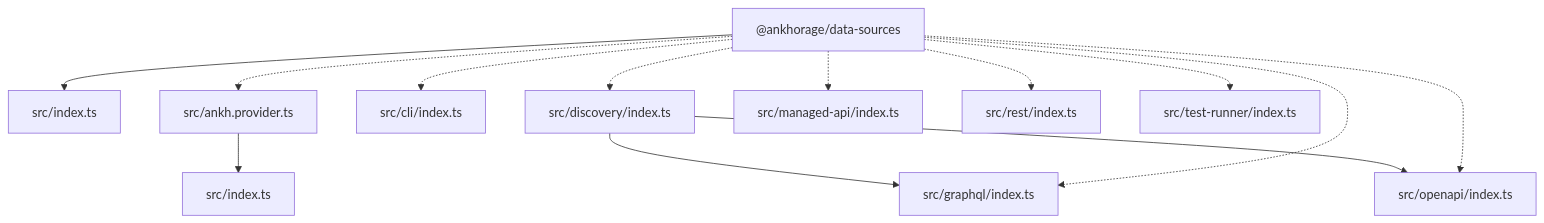
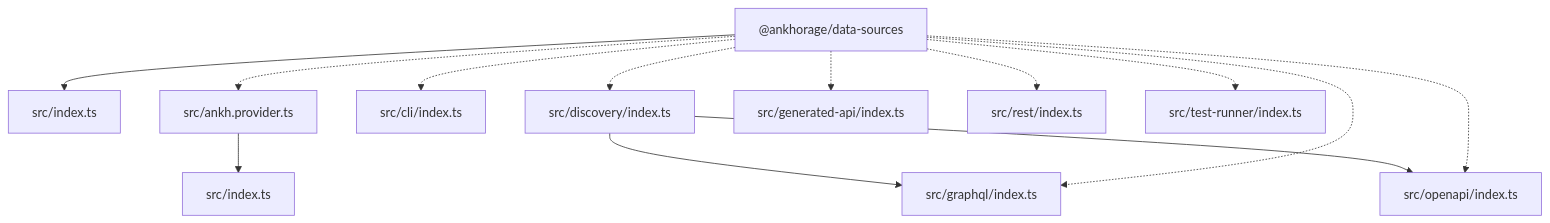
The diagram in paradox/diagrams/architecture-overview.mmd (ankhorage/data-sources), drawn with Mermaid before and after one commit. The commit also changed 22 other files, not shown here.

```diff
--- a/paradox/diagrams/architecture-overview.mmd
+++ b/paradox/diagrams/architecture-overview.mmd
@@ -1,24 +1,24 @@
 graph TD
   package__ankhorage_data_sources["@ankhorage/data-sources"]
   entrypoint_src_index_ts["src/index.ts"]
   package__ankhorage_data_sources --> entrypoint_src_index_ts
   module_src_ankh_provider_ts["src/ankh.provider.ts"]
   package__ankhorage_data_sources -.-> module_src_ankh_provider_ts
   module_src_ankh_provider_ts --> module_src_index_ts
   module_src_cli_index_ts["src/cli/index.ts"]
   package__ankhorage_data_sources -.-> module_src_cli_index_ts
   module_src_discovery_index_ts["src/discovery/index.ts"]
   package__ankhorage_data_sources -.-> module_src_discovery_index_ts
   module_src_discovery_index_ts --> module_src_graphql_index_ts
   module_src_discovery_index_ts --> module_src_openapi_index_ts
+  module_src_generated_api_index_ts["src/generated-api/index.ts"]
+  package__ankhorage_data_sources -.-> module_src_generated_api_index_ts
   module_src_graphql_index_ts["src/graphql/index.ts"]
   package__ankhorage_data_sources -.-> module_src_graphql_index_ts
   module_src_index_ts["src/index.ts"]
-  module_src_managed_api_index_ts["src/managed-api/index.ts"]
-  package__ankhorage_data_sources -.-> module_src_managed_api_index_ts
   module_src_openapi_index_ts["src/openapi/index.ts"]
   package__ankhorage_data_sources -.-> module_src_openapi_index_ts
   module_src_rest_index_ts["src/rest/index.ts"]
   package__ankhorage_data_sources -.-> module_src_rest_index_ts
   module_src_test_runner_index_ts["src/test-runner/index.ts"]
   package__ankhorage_data_sources -.-> module_src_test_runner_index_ts
```
